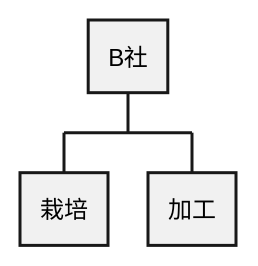
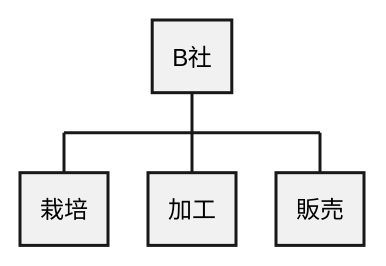
One commit to k2works/case-sutudy-business-analysis changed the first of 16 diagrams in docs/case/r02_case_2.adoc. Above: the diagram before and after it, drawn with PlantUML. The commit also changed other lines of this file, not shown here.

```diff
--- a/docs/case/r02_case_2.adoc
+++ b/docs/case/r02_case_2.adoc
@@ -41,10 +42,11 @@
 [plantuml]
 ----
 @startwbs
 
 * B社
 ** 栽培
 ** 加工
+** 販売
 
 @endwbs
 ----
```
